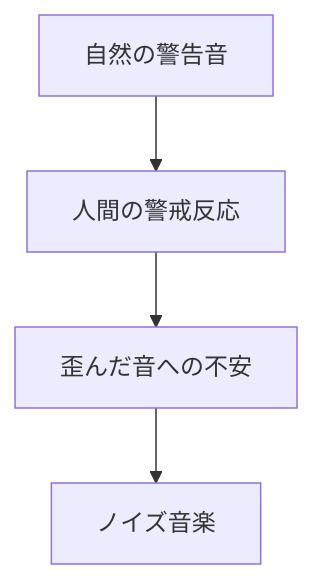
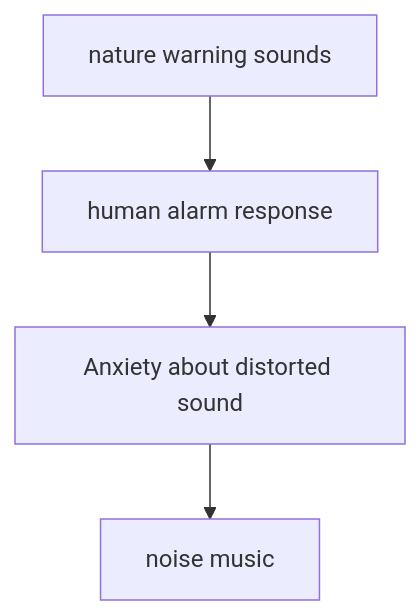
One commit to monumental-movement/monumental-movement.github.io changed the fourth of 5 diagrams in en/_posts/2026-03-13-column-why-experimental-music-scares-people.md. Above: the diagram before and after it, drawn with Mermaid. The commit also changed other lines of this file and 801 other files, not shown here.

```diff
--- a/en/_posts/2026-03-13-column-why-experimental-music-scares-people.md
+++ b/en/_posts/2026-03-13-column-why-experimental-music-scares-people.md
@@ -216,6 +216,6 @@
 <div class="mermaid">
 graph TD
-A[自然の警告音] --> B[人間の警戒反応]
-B --> C[歪んだ音への不安]
-C --> D[ノイズ音楽]
+A[nature warning sounds] --> B[human alarm response]
+B --> C[Anxiety about distorted sound]
+C --> D[noise music]
 </div>
```
